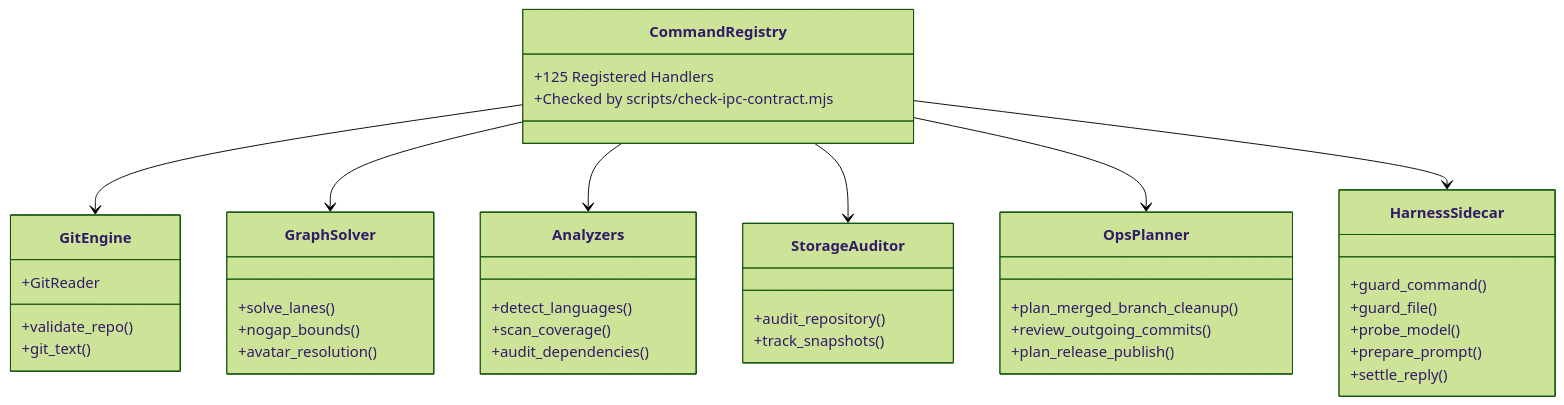
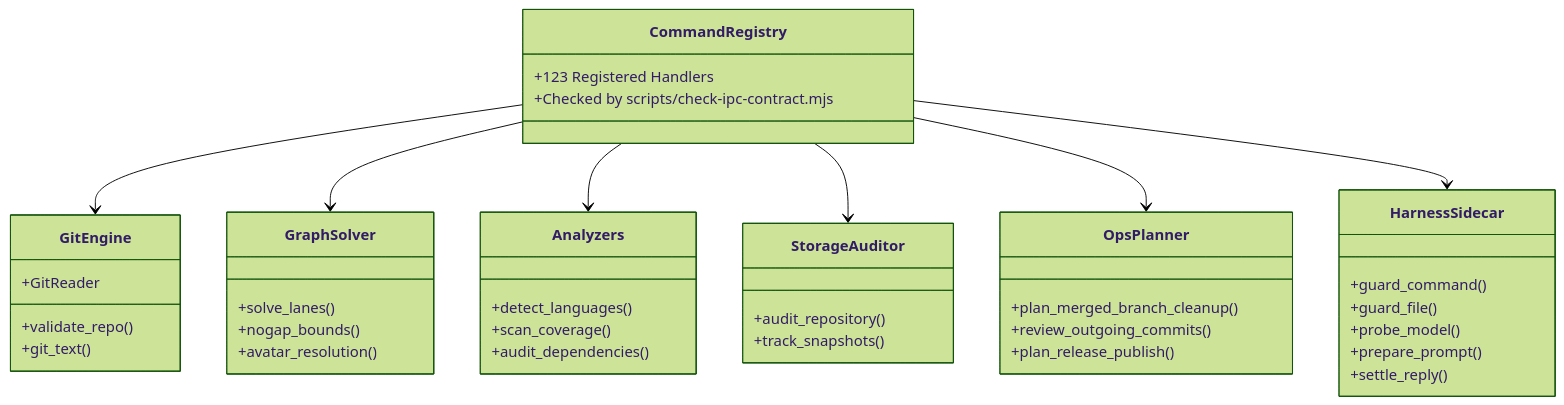
Before and after one commit to bharathvbcr/GitPulse: the third of 4 diagrams in docs/ARCHITECTURE.md, drawn with Mermaid (forest theme). The commit also changed other lines of this file and 9 other files, not shown here.

First line of the commit message:
feat(codeintel): say whether there is a code graph, and give the dead queries a consumer

````diff
--- a/docs/ARCHITECTURE.md
+++ b/docs/ARCHITECTURE.md
@@ -96,45 +96,45 @@
 ```mermaid
 classDiagram
     class CommandRegistry {
-        +125 Registered Handlers
+        +123 Registered Handlers
         +Checked by scripts/check-ipc-contract.mjs
     }
     class GitEngine {
         +validate_repo()
         +git_text()
         +GitReader
     }
     class GraphSolver {
         +solve_lanes()
         +nogap_bounds()
         +avatar_resolution()
     }
     class Analyzers {
         +detect_languages()
         +scan_coverage()
         +audit_dependencies()
     }
     class StorageAuditor {
         +audit_repository()
         +track_snapshots()
     }
     class OpsPlanner {
         +plan_merged_branch_cleanup()
         +review_outgoing_commits()
         +plan_release_publish()
     }
     class HarnessSidecar {
         +guard_command()
         +guard_file()
         +probe_model()
         +prepare_prompt()
         +settle_reply()
     }
 
     CommandRegistry --> GitEngine
     CommandRegistry --> GraphSolver
     CommandRegistry --> Analyzers
     CommandRegistry --> StorageAuditor
     CommandRegistry --> OpsPlanner
     CommandRegistry --> HarnessSidecar
 ```
````
